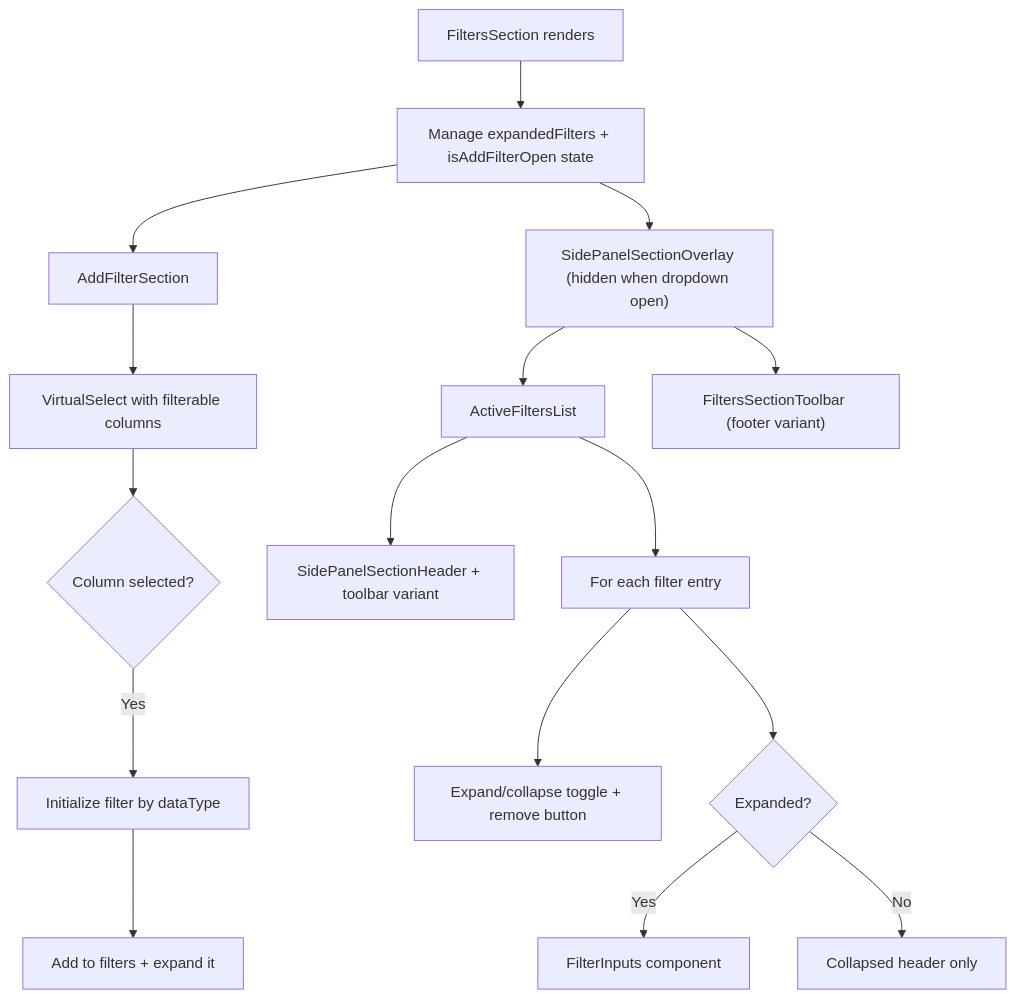
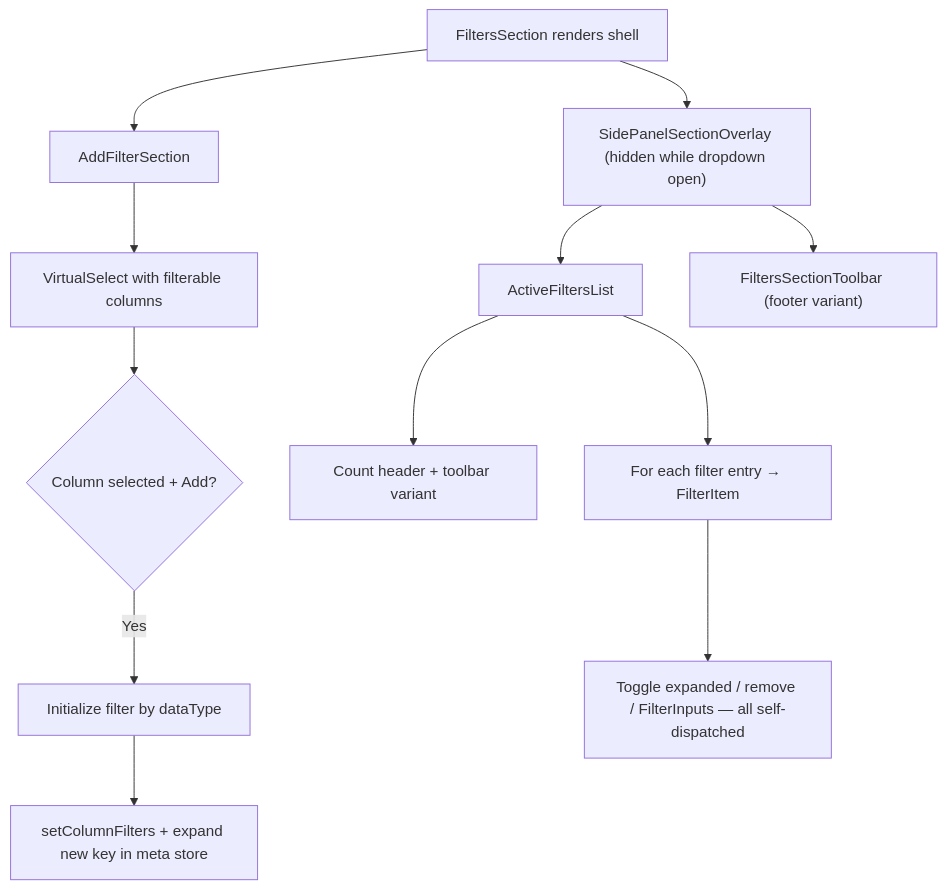
Before and after one commit to luciocabrera/lcabrera-stack: the second of 2 diagrams in packages/ui/src/components/Table/TableSettingsDrawer/FiltersSection/ARCHITECTURE.md, drawn with Mermaid. The commit also changed other lines of this file and 14 other files, not shown here.

First line of the commit message:
refactor(ui): FiltersSection thin shell with self-connected delegates (WP4)

````diff
--- a/packages/ui/src/components/Table/TableSettingsDrawer/FiltersSection/ARCHITECTURE.md
+++ b/packages/ui/src/components/Table/TableSettingsDrawer/FiltersSection/ARCHITECTURE.md
@@ -74,20 +107,16 @@
 ```mermaid
 graph TD
-  A["FiltersSection renders"] --> B["Manage expandedFilters + isAddFilterOpen state"]
-  B --> C["AddFilterSection"]
-  C --> D["VirtualSelect with filterable columns"]
-  D --> E{"Column selected?"}
-  E -->|Yes| F["Initialize filter by dataType"]
-  F --> G["Add to filters + expand it"]
+  A["FiltersSection renders shell"] --> B["AddFilterSection"]
+  B --> C["VirtualSelect with filterable columns"]
+  C --> D{"Column selected + Add?"}
+  D -->|Yes| E["Initialize filter by dataType"]
+  E --> F["setColumnFilters + expand new key in meta store"]
 
-  B --> H["SidePanelSectionOverlay (hidden when dropdown open)"]
-  H --> I["ActiveFiltersList"]
-  I --> J["SidePanelSectionHeader + toolbar variant"]
-  I --> K["For each filter entry"]
-  K --> L["Expand/collapse toggle + remove button"]
-  K --> M{"Expanded?"}
-  M -->|Yes| N["FilterInputs component"]
-  M -->|No| O["Collapsed header only"]
+  A --> G["SidePanelSectionOverlay (hidden while dropdown open)"]
+  G --> H["ActiveFiltersList"]
+  H --> I["Count header + toolbar variant"]
+  H --> J["For each filter entry → FilterItem"]
+  J --> K["Toggle expanded / remove / FilterInputs — all self-dispatched"]
 
-  H --> P["FiltersSectionToolbar (footer variant)"]
+  G --> L["FiltersSectionToolbar (footer variant)"]
 ```
````
